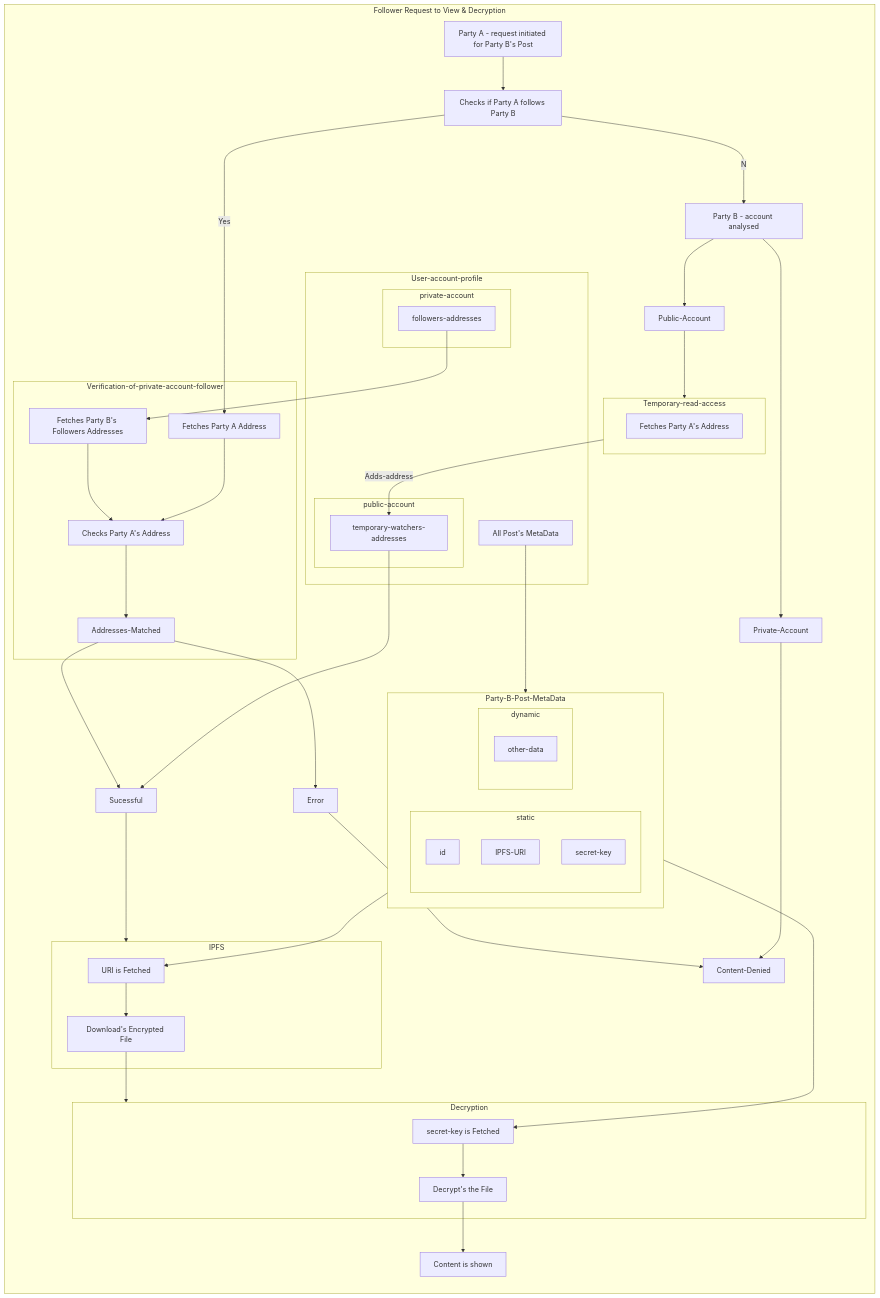
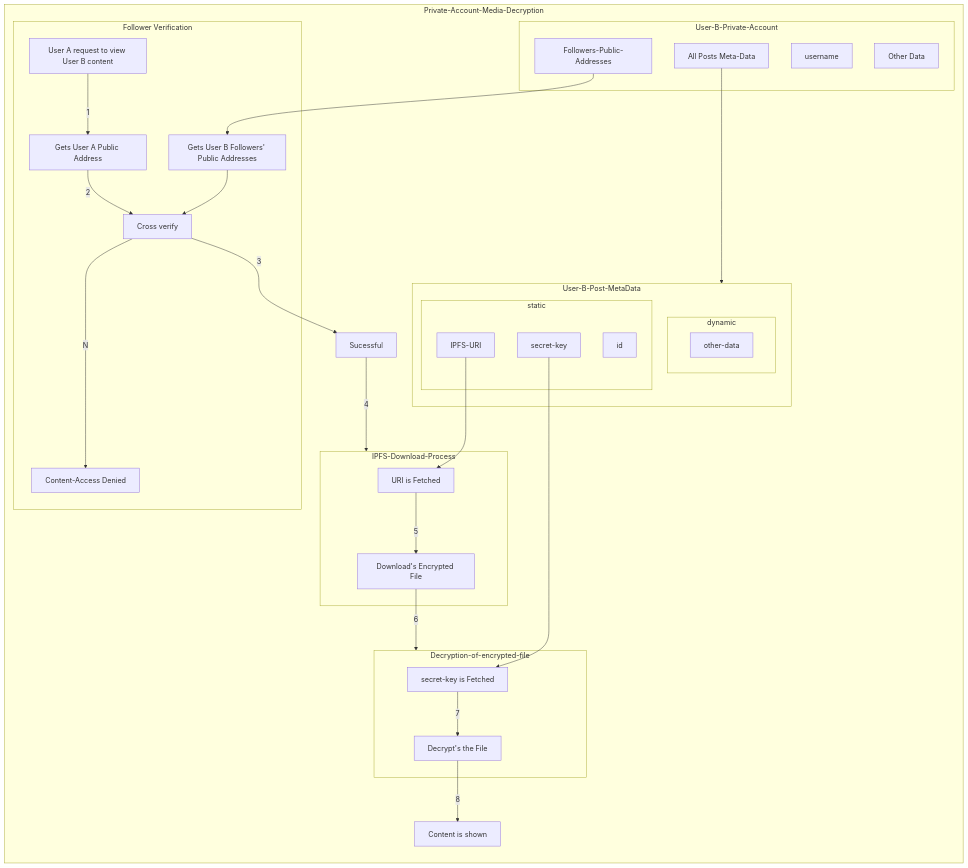
The fourth of 7 diagrams in README.md (viralfoundation/Technical-Whitepaper-LaTeX), drawn with Mermaid before and after one commit. The commit also changed other lines of this file, not shown here.

Commit message:
Commit #14 Private-Public Account Decryption

````diff
--- a/README.md
+++ b/README.md
@@ -459,76 +467,50 @@
 ```mermaid
-
-  flowchart BT
-  subgraph Follower Request to View & Decryption
-
-A0[Party A - request initiated for Party B's Post]
-A0-->A1
-  A1[Checks if Party A follows Party B]
-  A1--No-->A2
-  A2[Party B - account analysed]
-  A1--Yes-->B1
-  A3[Public-Account]
-  A4[Private-Account]
+flowchart LR
+subgraph Private-Account-Media-Decryption
+  A0[User A request to view User B content]
+  subgraph Follower Verification
+  A0--1-->A1
+  A1[Gets User A Public Address]
+  A2[Gets User B Followers' Public Addresses]
+  A3[Cross verify]
+  A4[Content-Access Denied]
+  A1--2-->A3
+  A3--No-->A4
   A2-->A3
-  A2-->A4
-
-
-  subgraph Verification-of-private-account-follower
-  B1[Fetches Party A Address]
-  B2[Fetches Party B's Followers Addresses]
-  B3[Checks Party A's Address]
-  B4[Addresses-Matched]
-  B2-->B3
-  B1-->B3
-  B3-->B4
-
   end
-  subgraph Party-B-Post-MetaData
+  subgraph IPFS-Download-Process
+  C1[URI is Fetched]
+  C2[Download's Encrypted File]
+  C1--5-->C2
+  end
+  A3--3-->K1[Sucessful]--4-->IPFS-Download-Process
+  subgraph User-B-Private-Account
+  B1[username]
+  B2[Followers-Public-Addresses]
+  B3[All Posts Meta-Data]
+  B4[Other Data]
+  end
+  B2-->A2
+  subgraph User-B-Post-MetaData
   subgraph static
   id
   IPFS-URI
   secret-key
   end
   subgraph dynamic
   other-data
   end
   end
-  subgraph Decryption
+  IPFS-URI-->C1
+  B3-->User-B-Post-MetaData
+  subgraph Decryption-of-encrypted-file
   D1[secret-key is Fetched]
   D2[Decrypt's the File]
-  D1-->D2
-  end
-  subgraph IPFS
-  C1[URI is Fetched]
-  C2[Download's Encrypted File]
-  C1-->C2
-  end
+  D1--7-->D2
+  end 
+  secret-key-->D1
+  C2--6-->Decryption-of-encrypted-file
   Z[Content is shown]
-  subgraph Temporary-read-access
-  H1[Fetches Party A's Address]
-  end
-  subgraph User-account-profile
-  Y1[All Post's MetaData]
-  subgraph private-account
-  followers-addresses
-  end
-  subgraph public-account
-  U1[temporary-watchers-addresses]
-  followers-addresses
-  end
-  end
-
-  followers-addresses-->B2
-  Y1-->Party-B-Post-MetaData
-  B4-->S1[Sucessful]-->IPFS
-  B4-->I1[Error]-->Content-Denied
-  A4--->Content-Denied
-  Party-B-Post-MetaData-->C1
-  C2-->Decryption
-  Party-B-Post-MetaData-->D1
-  D2-->Z
-  A3-->Temporary-read-access
-  U1--->S1
-  Temporary-read-access--Adds-address-->U1
-  end
+  D2--8-->Z
+end
 ```
````
